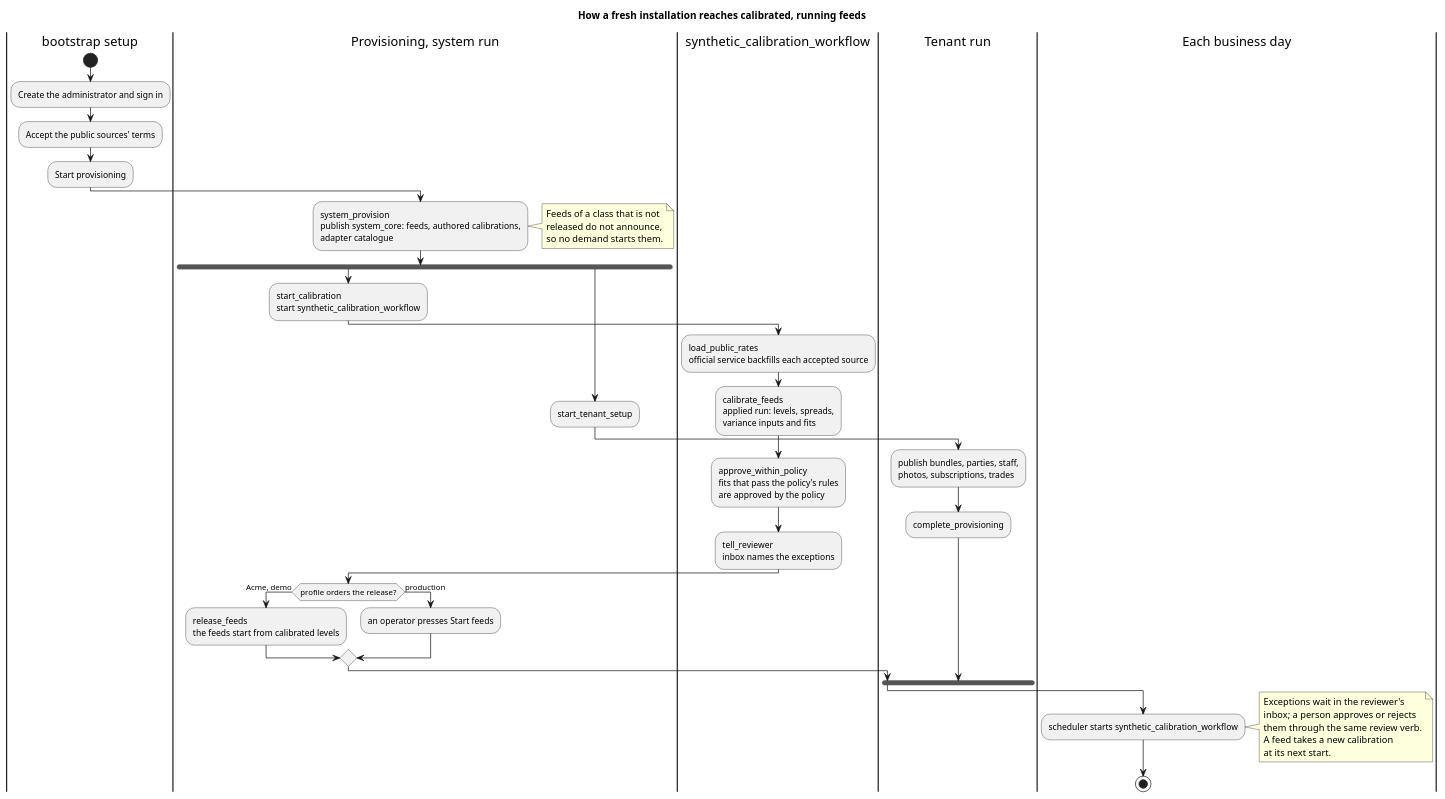
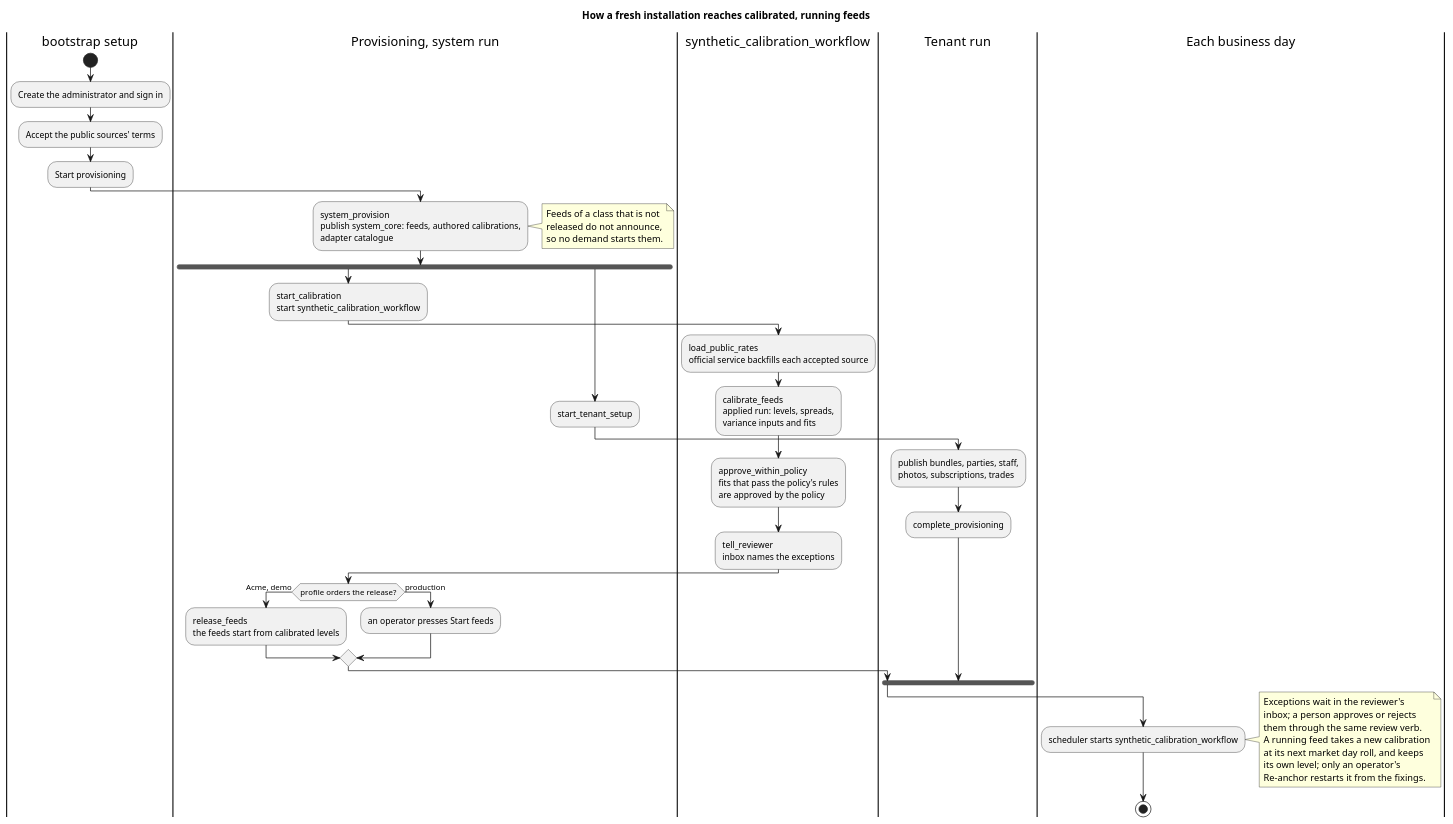
One commit to OreStudio/OreStudio changed the diagram in doc/agile/versions/v0/sprint_29/support_volatility_surfaces/synthetic_calibration_workflow.puml. Above: the diagram before and after it, drawn with PlantUML. The commit also changed 8 other files, not shown here.

First line of the commit message:
[agile] Design the calibration of running feeds

```diff
--- a/doc/agile/versions/v0/sprint_29/support_volatility_surfaces/synthetic_calibration_workflow.puml
+++ b/doc/agile/versions/v0/sprint_29/support_volatility_surfaces/synthetic_calibration_workflow.puml
@@ -18,47 +18,49 @@
 @startuml
 title How a fresh installation reaches calibrated, running feeds
 
 |bootstrap setup|
 start
 :Create the administrator and sign in;
 :Accept the public sources' terms;
 :Start provisioning;
 
 |Provisioning, system run|
 :system_provision\npublish system_core: feeds, authored calibrations,\nadapter catalogue;
 note right
   Feeds of a class that is not
   released do not announce,
   so no demand starts them.
 end note
 fork
   :start_calibration\nstart synthetic_calibration_workflow;
   |synthetic_calibration_workflow|
   :load_public_rates\nofficial service backfills each accepted source;
   :calibrate_feeds\napplied run: levels, spreads,\nvariance inputs and fits;
   :approve_within_policy\nfits that pass the policy's rules\nare approved by the policy;
   :tell_reviewer\ninbox names the exceptions;
   |Provisioning, system run|
   if (profile orders the release?) then (Acme, demo)
     :release_feeds\nthe feeds start from calibrated levels;
   else (production)
     :an operator presses Start feeds;
   endif
 fork again
   :start_tenant_setup;
   |Tenant run|
   :publish bundles, parties, staff,\nphotos, subscriptions, trades;
   :complete_provisioning;
 end fork
 
 |Each business day|
 :scheduler starts synthetic_calibration_workflow;
 note right
   Exceptions wait in the reviewer's
   inbox; a person approves or rejects
   them through the same review verb.
-  A feed takes a new calibration
-  at its next start.
+  A running feed takes a new calibration
+  at its next market day roll, and keeps
+  its own level; only an operator's
+  Re-anchor restarts it from the fixings.
 end note
 stop
 @enduml
```
